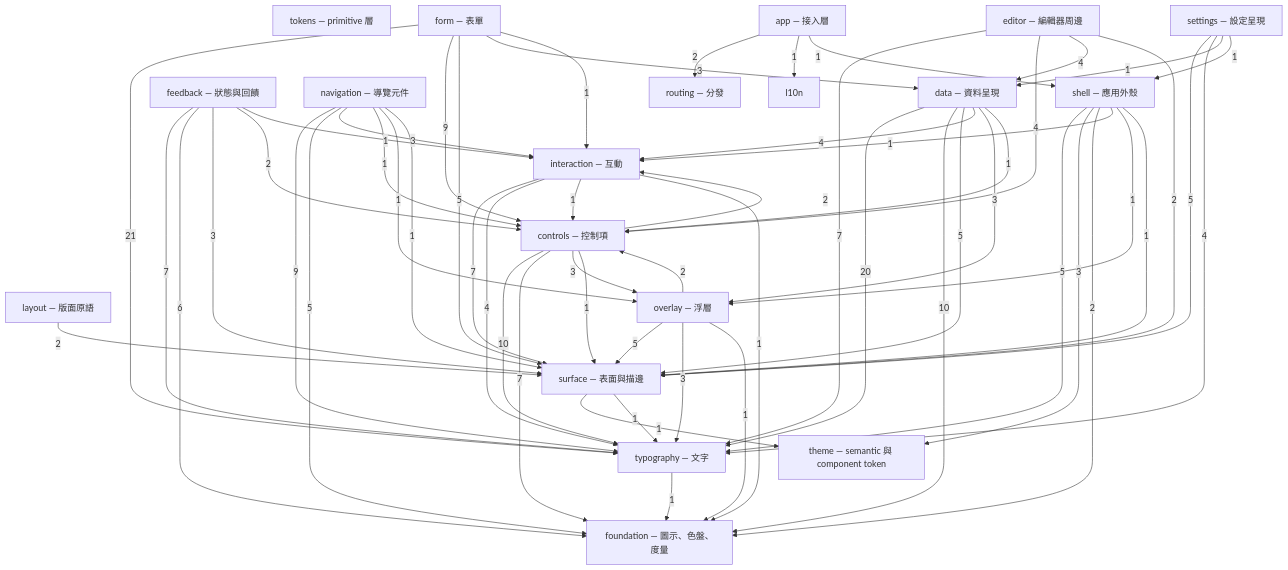
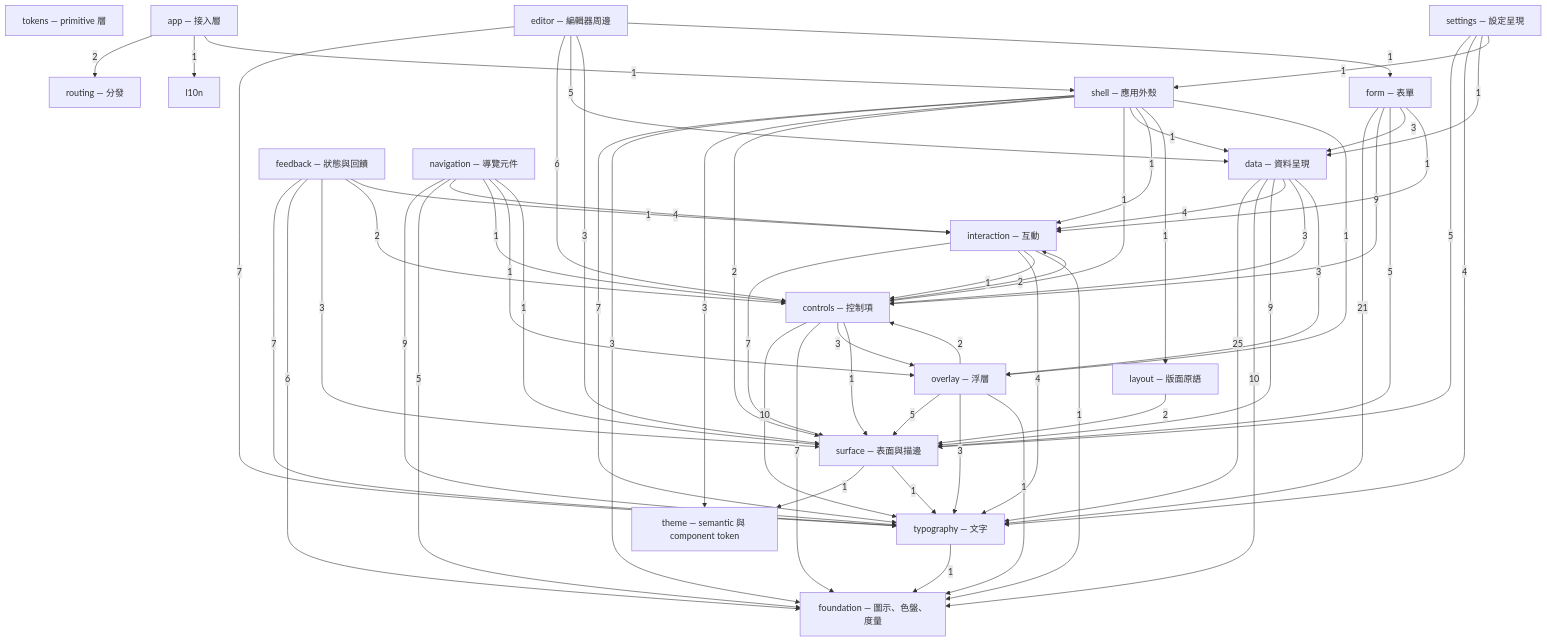
The first of 17 diagrams in spec/component-inventory.md (MiuDog/Kallopis), drawn with Mermaid before and after one commit. The commit also changed other lines of this file and 99 other files, not shown here.

````diff
--- a/spec/component-inventory.md
+++ b/spec/component-inventory.md
@@ -18,77 +18,81 @@
 ```mermaid
 graph TD
   tokens["tokens — primitive 層"]
   theme["theme — semantic 與 component token"]
   foundation["foundation — 圖示、色盤、度量"]
   typography["typography — 文字"]
   surface["surface — 表面與描邊"]
   interaction["interaction — 互動"]
   layout["layout — 版面原語"]
   overlay["overlay — 浮層"]
   controls["controls — 控制項"]
   data["data — 資料呈現"]
   form["form — 表單"]
   feedback["feedback — 狀態與回饋"]
   navigation["navigation — 導覽元件"]
   editor["editor — 編輯器周邊"]
   routing["routing — 分發"]
   shell["shell — 應用外殼"]
   settings["settings — 設定呈現"]
   app["app — 接入層"]
+  data -->|25| typography
   form -->|21| typography
-  data -->|20| typography
   controls -->|10| typography
   data -->|10| foundation
+  data -->|9| surface
   form -->|9| controls
   navigation -->|9| typography
   controls -->|7| foundation
   editor -->|7| typography
   feedback -->|7| typography
   interaction -->|7| surface
+  shell -->|7| typography
+  editor -->|6| controls
   feedback -->|6| foundation
-  data -->|5| surface
+  editor -->|5| data
   form -->|5| surface
   navigation -->|5| foundation
   overlay -->|5| surface
   settings -->|5| surface
-  shell -->|5| typography
   data -->|4| interaction
-  editor -->|4| controls
-  editor -->|4| data
   interaction -->|4| typography
+  navigation -->|4| interaction
   settings -->|4| typography
   controls -->|3| overlay
+  data -->|3| controls
   data -->|3| overlay
+  editor -->|3| surface
   feedback -->|3| surface
   form -->|3| data
-  navigation -->|3| interaction
   overlay -->|3| typography
+  shell -->|3| foundation
   shell -->|3| theme
   app -->|2| routing
   controls -->|2| interaction
-  editor -->|2| surface
   feedback -->|2| controls
   layout -->|2| surface
   overlay -->|2| controls
-  shell -->|2| foundation
+  shell -->|2| surface
   app -->|1| l10n
   app -->|1| shell
   controls -->|1| surface
-  data -->|1| controls
+  editor -->|1| form
   feedback -->|1| interaction
   form -->|1| interaction
   interaction -->|1| controls
   interaction -->|1| foundation
   navigation -->|1| controls
   navigation -->|1| overlay
   navigation -->|1| surface
   overlay -->|1| foundation
   settings -->|1| data
   settings -->|1| shell
+  shell -->|1| controls
+  shell -->|1| data
   shell -->|1| interaction
+  shell -->|1| layout
   shell -->|1| overlay
-  shell -->|1| surface
   surface -->|1| theme
   surface -->|1| typography
   typography -->|1| foundation
 ```
````
